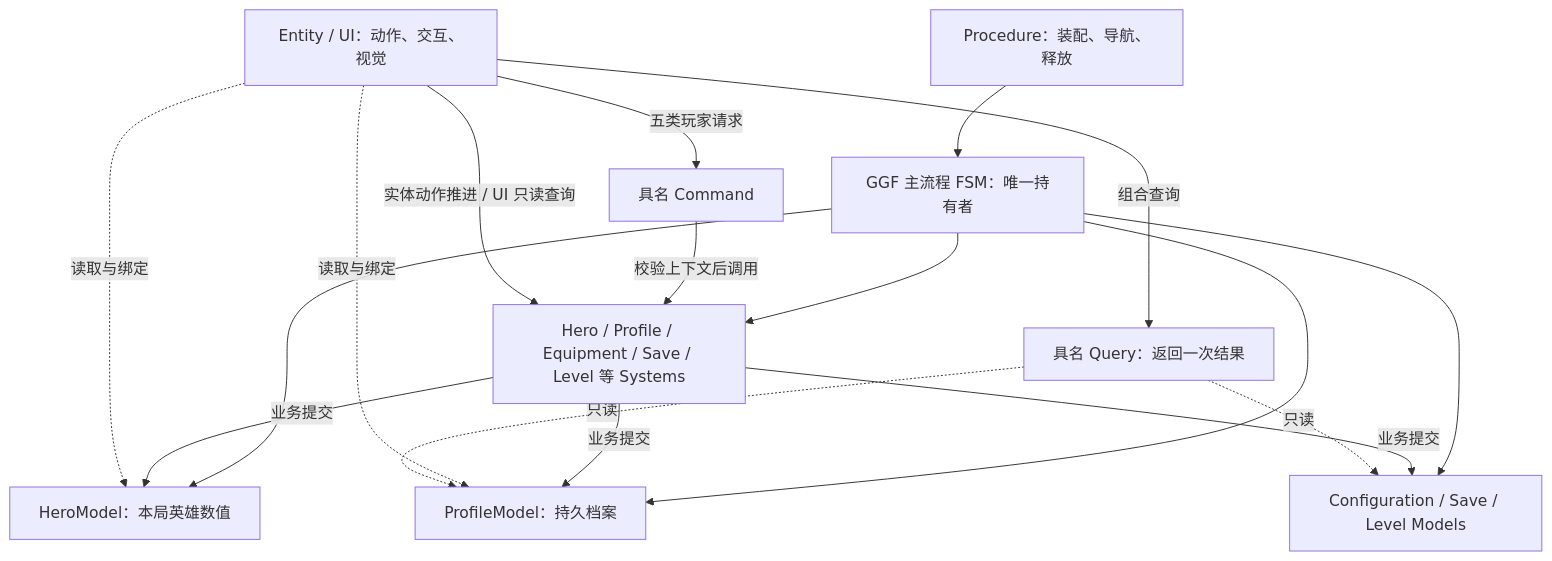
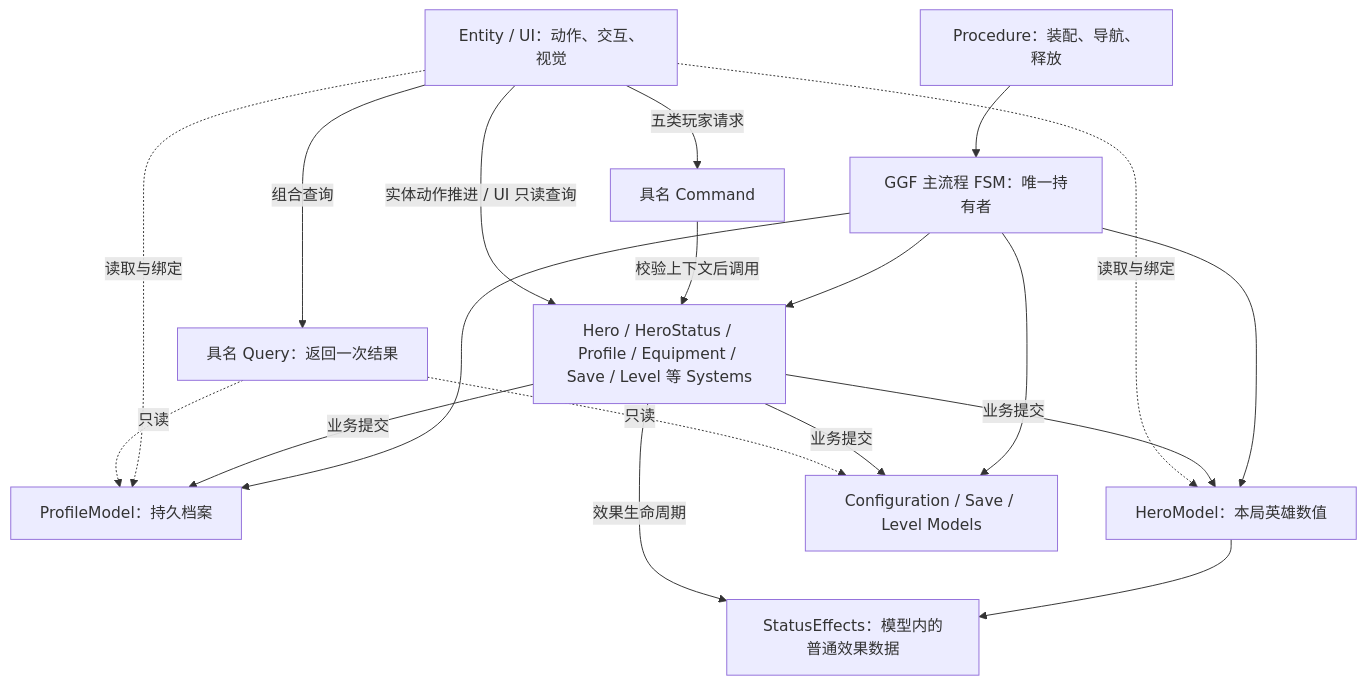
Before and after one commit to zheliku/GameZMXY: the first of 3 diagrams in Docs/ProjectTour.md, drawn with Mermaid. The commit also changed other lines of this file and 273 other files, not shown here.

````diff
--- a/Docs/ProjectTour.md
+++ b/Docs/ProjectTour.md
@@ -99,19 +100,21 @@
 ```mermaid
 flowchart TD
     Procedure[Procedure：装配、导航、释放] --> FSM[GGF 主流程 FSM：唯一持有者]
     FSM --> Profile[ProfileModel：持久档案]
     FSM --> Hero[HeroModel：本局英雄数值]
+    Hero --> Effects[StatusEffects：模型内的普通效果数据]
     FSM --> Other[Configuration / Save / Level Models]
-    FSM --> Systems[Hero / Profile / Equipment / Save / Level 等 Systems]
+    FSM --> Systems[Hero / HeroStatus / Profile / Equipment / Save / Level 等 Systems]
     Systems -->|业务提交| Profile
     Systems -->|业务提交| Hero
+    Systems -->|效果生命周期| Effects
     Systems -->|业务提交| Other
     UI[Entity / UI：动作、交互、视觉] -.读取与绑定.-> Profile
     UI -.读取与绑定.-> Hero
     UI -->|五类玩家请求| Commands[具名 Command]
     Commands -->|校验上下文后调用| Systems
     UI -->|组合查询| Queries[具名 Query：返回一次结果]
     Queries -.只读.-> Profile
     Queries -.只读.-> Other
     UI -->|实体动作推进 / UI 只读查询| Systems
 ```
````
